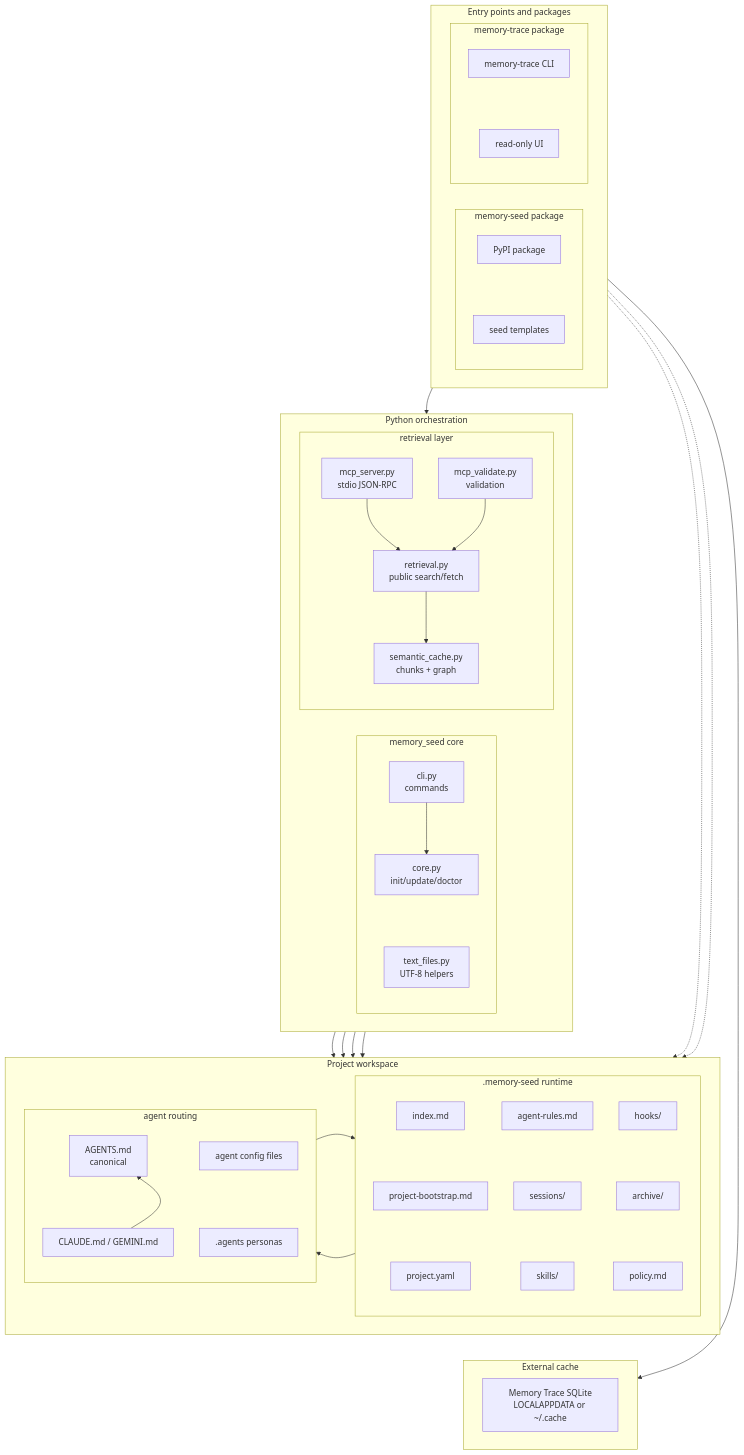
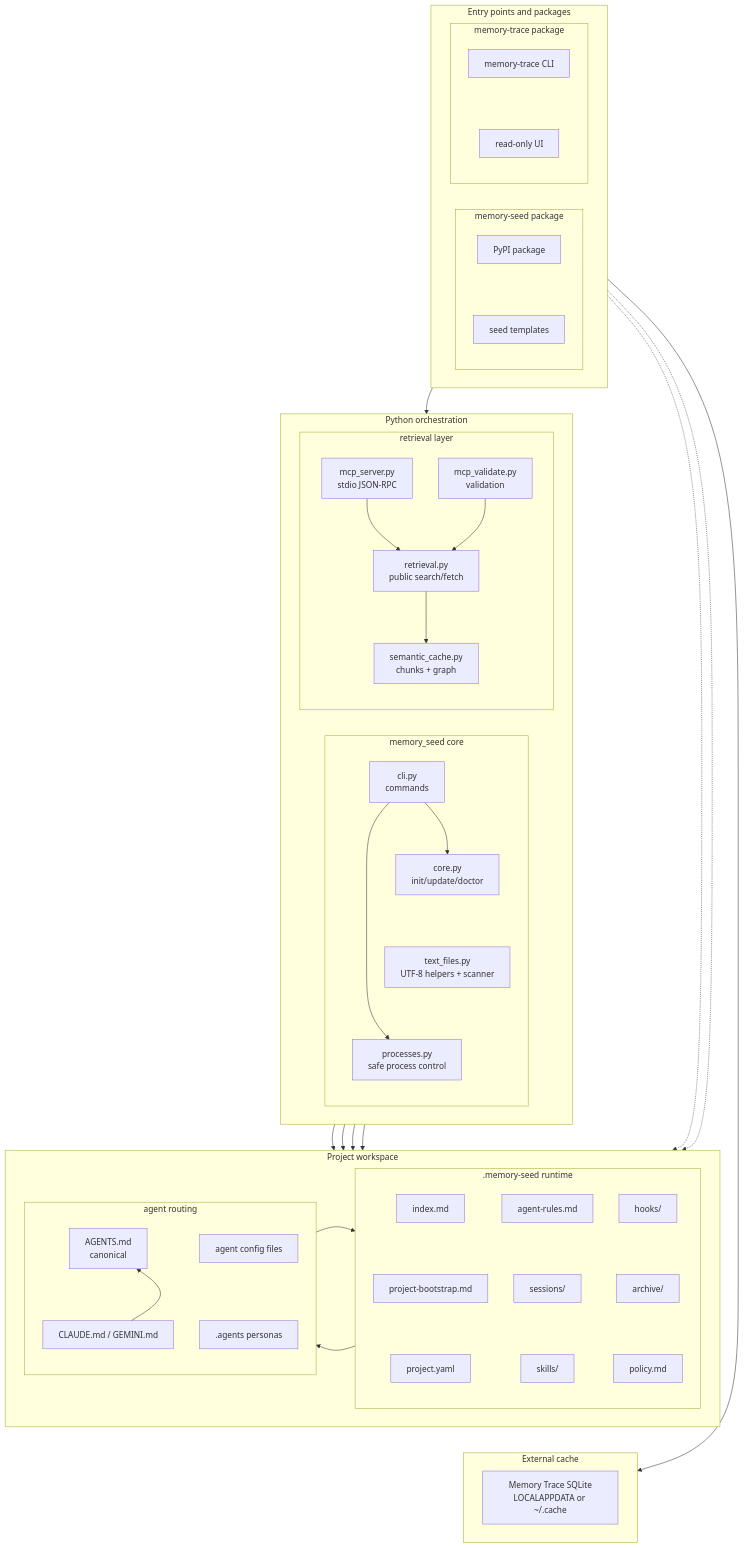
One commit to jnl-tshi/memory-seed changed the first of 8 diagrams in docs/3_Spec/functionality-audit.md. Above: the diagram before and after it, drawn with Mermaid. The commit also changed other lines of this file and 53 other files, not shown here.

````diff
--- a/docs/3_Spec/functionality-audit.md
+++ b/docs/3_Spec/functionality-audit.md
@@ -23,77 +23,79 @@
 ```mermaid
 graph TD
   subgraph TopTier["Entry points and packages"]
     direction LR
     subgraph SeedPkg["memory-seed package"]
       direction TB
       PKG["PyPI package"] ~~~ SEED["seed templates"]
     end
     subgraph TracePkg["memory-trace package"]
       direction TB
       TRACECLI["memory-trace CLI"] ~~~ TRACEUI["read-only UI"]
     end
   end
 
   subgraph CoreTier["Python orchestration"]
     direction LR
     subgraph SeedCore["memory_seed core"]
       direction TB
       CLI["cli.py<br>commands"]
       CORE["core.py<br>init/update/doctor"]
-      TEXT["text_files.py<br>UTF-8 helpers"]
+      TEXT["text_files.py<br>UTF-8 helpers + scanner"]
+      PROC["processes.py<br>safe process control"]
       CLI --> CORE
-      CORE ~~~ TEXT
+      CLI --> PROC
+      CORE ~~~ TEXT ~~~ PROC
     end
     subgraph Retrieval["retrieval layer"]
       direction TB
       RET["retrieval.py<br>public search/fetch"]
       CACHE["semantic_cache.py<br>chunks + graph"]
       MCP["mcp_server.py<br>stdio JSON-RPC"]
       VAL["mcp_validate.py<br>validation"]
       RET --> CACHE
       MCP --> RET
       VAL --> RET
     end
   end
 
   subgraph ProjectTier["Project workspace"]
     direction LR
     subgraph Runtime[".memory-seed runtime"]
       direction TB
       IDX["index.md"] ~~~ BOOT["project-bootstrap.md"] ~~~ PROJ["project.yaml"]
       RULES["agent-rules.md"] ~~~ SESS["sessions/"] ~~~ SKILLS["skills/"]
       HOOKS["hooks/"] ~~~ ARCH["archive/"] ~~~ POLICY["policy.md"]
     end
     subgraph Routing["agent routing"]
       direction TB
       AGENTS["AGENTS.md<br>canonical"]
       PERAGENT["CLAUDE.md / GEMINI.md"]
       CONFIGS["agent config files"]
       PERSONA[".agents personas"]
       AGENTS ~~~ PERAGENT
       CONFIGS ~~~ PERSONA
     end
   end
 
   subgraph CacheTier["External cache"]
     direction LR
     SQLITE["Memory Trace SQLite<br>LOCALAPPDATA or ~/.cache"]
   end
 
   TopTier ~~~ CoreTier
   CoreTier ~~~ ProjectTier
   ProjectTier ~~~ CacheTier
 
   SEED -.-> Runtime
   SEED -.-> Routing
   CORE --> PROJ
   CORE --> CONFIGS
   CORE --> AGENTS
   TRACEUI --> RET
   TRACEUI --> SQLITE
   CACHE --> SESS
   HOOKS --> AGENTS
   PERAGENT --> AGENTS
   PERSONA --> RULES
 
 ```
````
